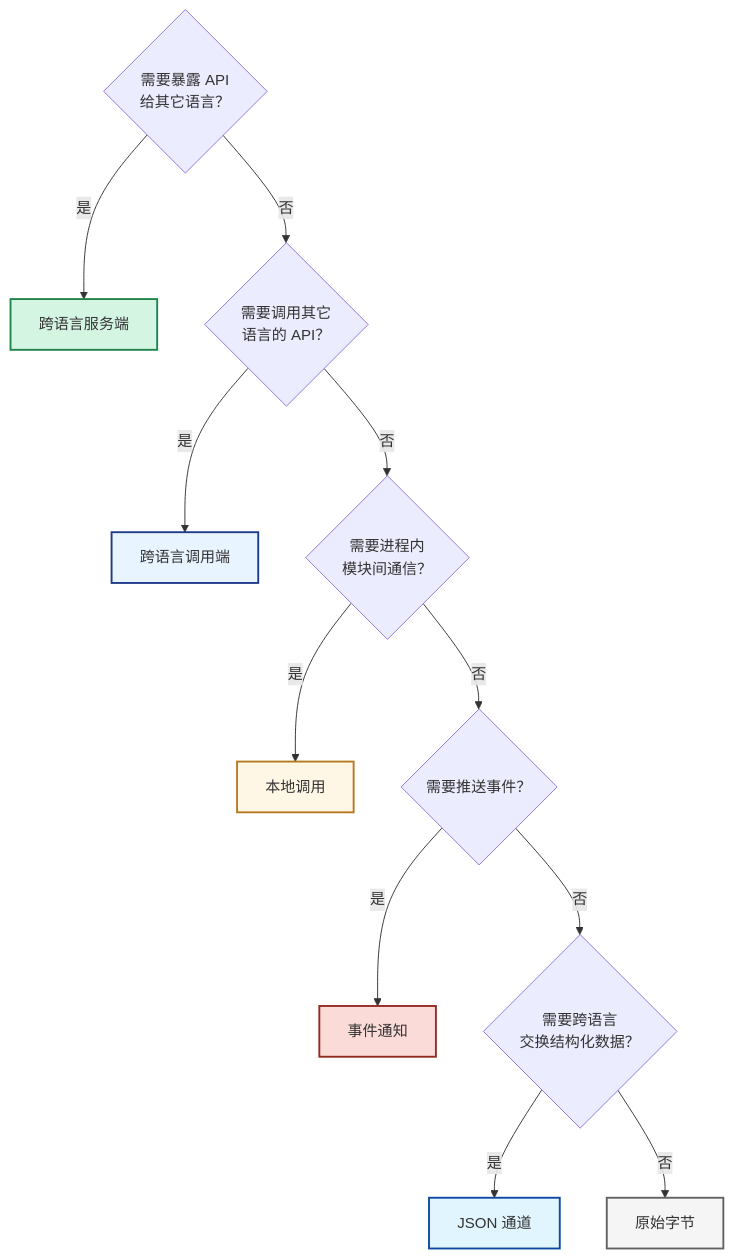
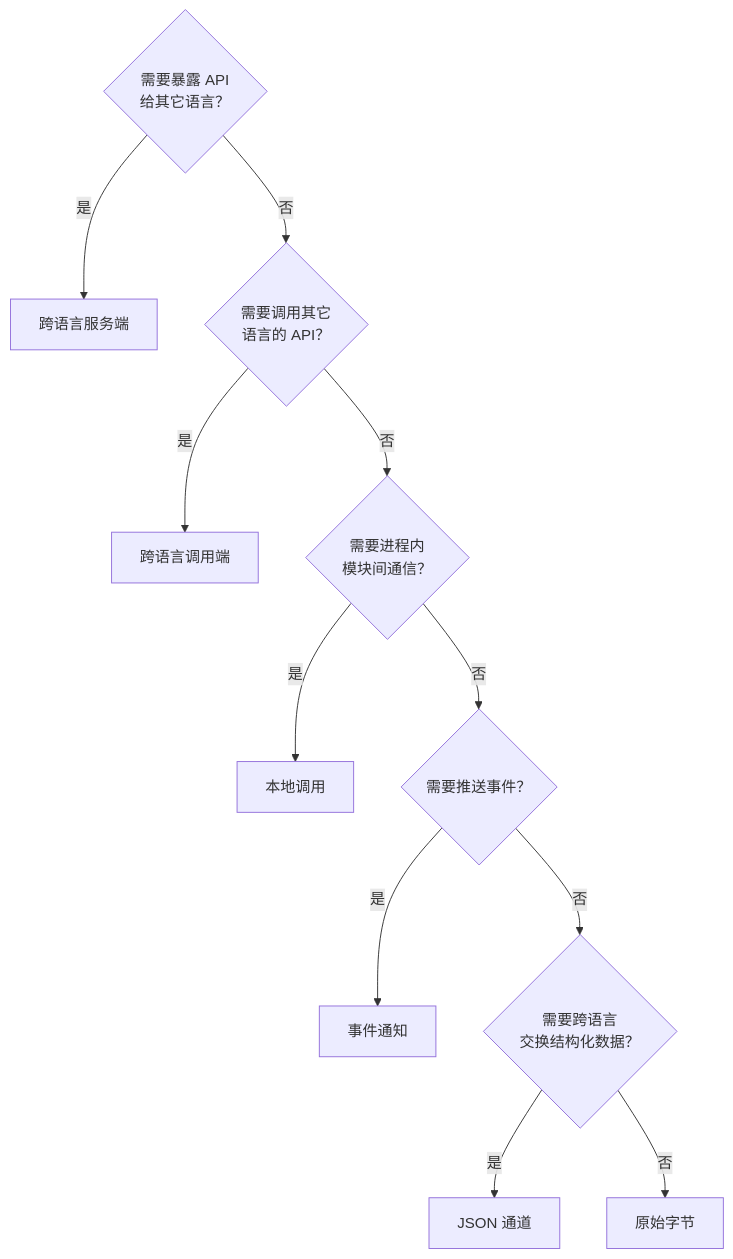
One commit to PassByYou888/LingoFuse changed diagram 18 of 19 in fortran/README.md. Above: the diagram before and after it, drawn with Mermaid. The commit also changed other lines of this file and 16 other files, not shown here.

````diff
--- a/fortran/README.md
+++ b/fortran/README.md
@@ -969,21 +1702,14 @@
 ```mermaid
 flowchart TD
     Q1{"需要暴露 API<br/>给其它语言？"}
     Q1 -- "是" --> A1["跨语言服务端"]
     Q1 -- "否" --> Q2{"需要调用其它<br/>语言的 API？"}
     Q2 -- "是" --> A2["跨语言调用端"]
     Q2 -- "否" --> Q3{"需要进程内<br/>模块间通信？"}
     Q3 -- "是" --> A3["本地调用"]
     Q3 -- "否" --> Q4{"需要推送事件？"}
     Q4 -- "是" --> A4["事件通知"]
     Q4 -- "否" --> Q5{"需要跨语言<br/>交换结构化数据？"}
     Q5 -- "是" --> A5["JSON 通道"]
     Q5 -- "否" --> A6["原始字节"]
-
-    style A1 fill:#D5F5E3,stroke:#1E8449,stroke-width:2px
-    style A2 fill:#E8F4FF,stroke:#1E3A8A,stroke-width:2px
-    style A3 fill:#FFF7E6,stroke:#B7791F,stroke-width:2px
-    style A4 fill:#FADBD8,stroke:#922B21,stroke-width:2px
-    style A5 fill:#E1F5FF,stroke:#0D47A1,stroke-width:2px
-    style A6 fill:#F5F5F5,stroke:#616161,stroke-width:2px
 ```
````
